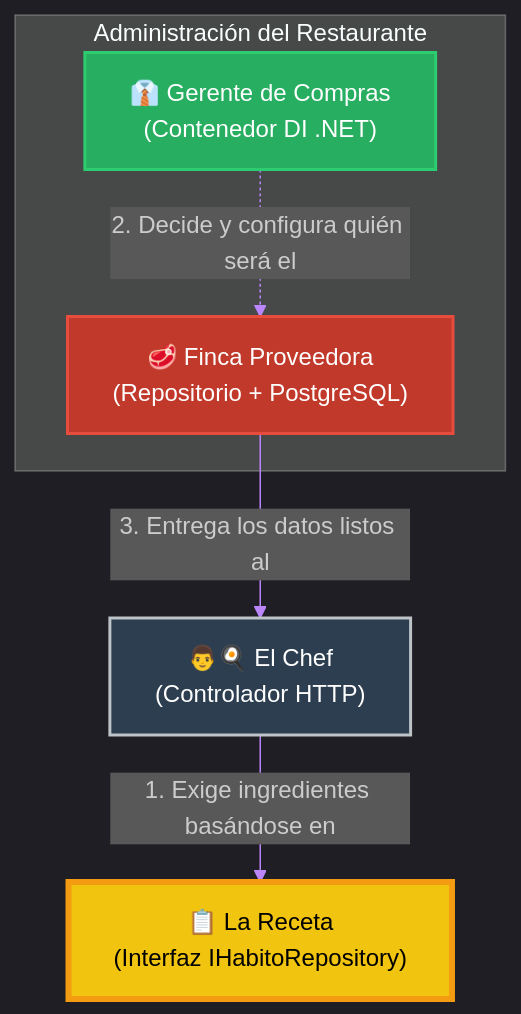
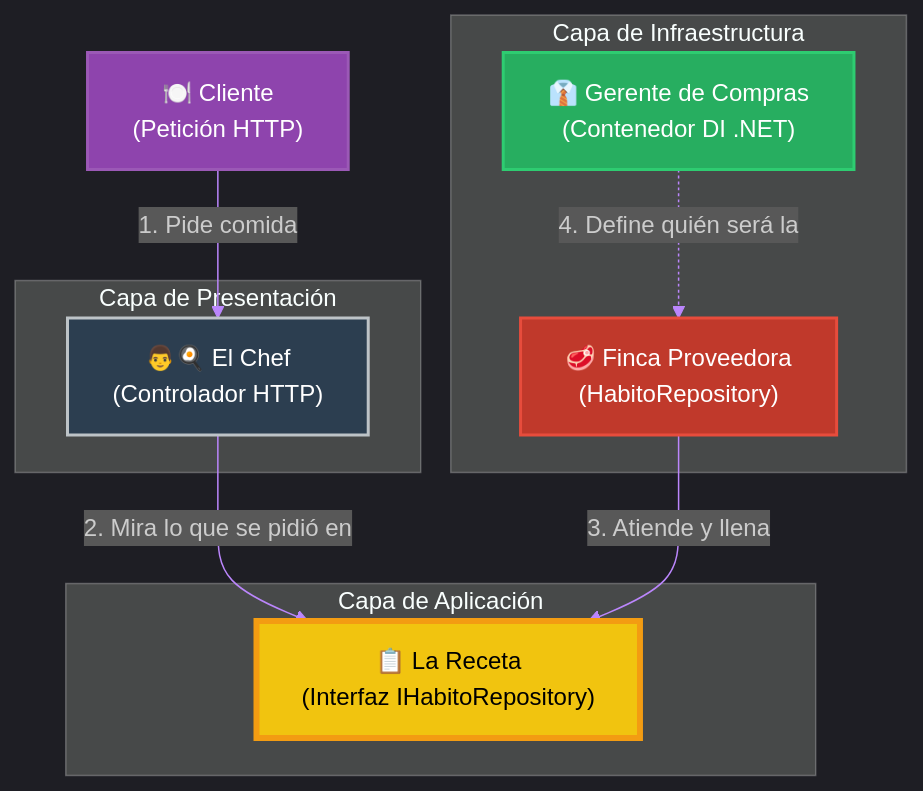
The first of 2 diagrams in is-912/fase-1/5.md (ConsSorto/ConsSorto.github.io), drawn with Mermaid before and after one commit.

Commit message:
docs: Fix DI diagram flow to correctly show Receta in the middle and Gerente defining the Finca

````diff
--- a/is-912/fase-1/5.md
+++ b/is-912/fase-1/5.md
@@ -32,23 +32,29 @@
 ```mermaid
 %%{init: {'theme': 'dark', 'themeVariables': { 'lineColor': '#BB86FC', 'primaryColor': '#3700B3', 'nodeBorder': '#03DAC6' }}}%%
 graph TD
-    %% Definición de Nodos con sintaxis segura
-    Chef["👨🍳 El Chef <br/> (Controlador HTTP)"]
-    Contrato["📋 La Receta <br/> (Interfaz IHabitoRepository)"]
+    Cliente["🍽️ Cliente <br/> (Petición HTTP)"]
     
-    subgraph Administracion ["Administración del Restaurante"]
+    subgraph API ["Capa de Presentación"]
+        Chef["👨🍳 El Chef <br/> (Controlador HTTP)"]
+    end
+    
+    subgraph Contrato ["Capa de Aplicación"]
+        Receta["📋 La Receta <br/> (Interfaz IHabitoRepository)"]
+    end
+    
+    subgraph Implementacion ["Capa de Infraestructura"]
+        Proveedor["🥩 Finca Proveedora <br/> (HabitoRepository)"]
         Gerente["👔 Gerente de Compras <br/> (Contenedor DI .NET)"]
-        Proveedor["🥩 Finca Proveedora <br/> (Repositorio + PostgreSQL)"]
     end
 
-    %% Relaciones
-    Chef -->|"1. Exige ingredientes basándose en"| Contrato
-    Gerente -.->|"2. Decide y configura quién será el"| Proveedor
-    Proveedor -->|"3. Entrega los datos listos al"| Chef
+    Cliente -->|"1. Pide comida"| Chef
+    Chef -->|"2. Mira lo que se pidió en"| Receta
+    Proveedor -->|"3. Atiende y llena"| Receta
+    Gerente -.->|"4. Define quién será la"| Proveedor
 
-    %% Estilos para el aula
+    style Cliente fill:#8E44AD,stroke:#9b59b6,stroke-width:2px,color:#fff
     style Chef fill:#2C3E50,stroke:#bdc3c7,stroke-width:2px,color:#fff
-    style Contrato fill:#F1C40F,stroke:#f39c12,stroke-width:4px,color:#000
+    style Receta fill:#F1C40F,stroke:#f39c12,stroke-width:4px,color:#000
     style Gerente fill:#27AE60,stroke:#2ecc71,stroke-width:2px,color:#fff
     style Proveedor fill:#C0392B,stroke:#e74c3c,stroke-width:2px,color:#fff
 ```
````
